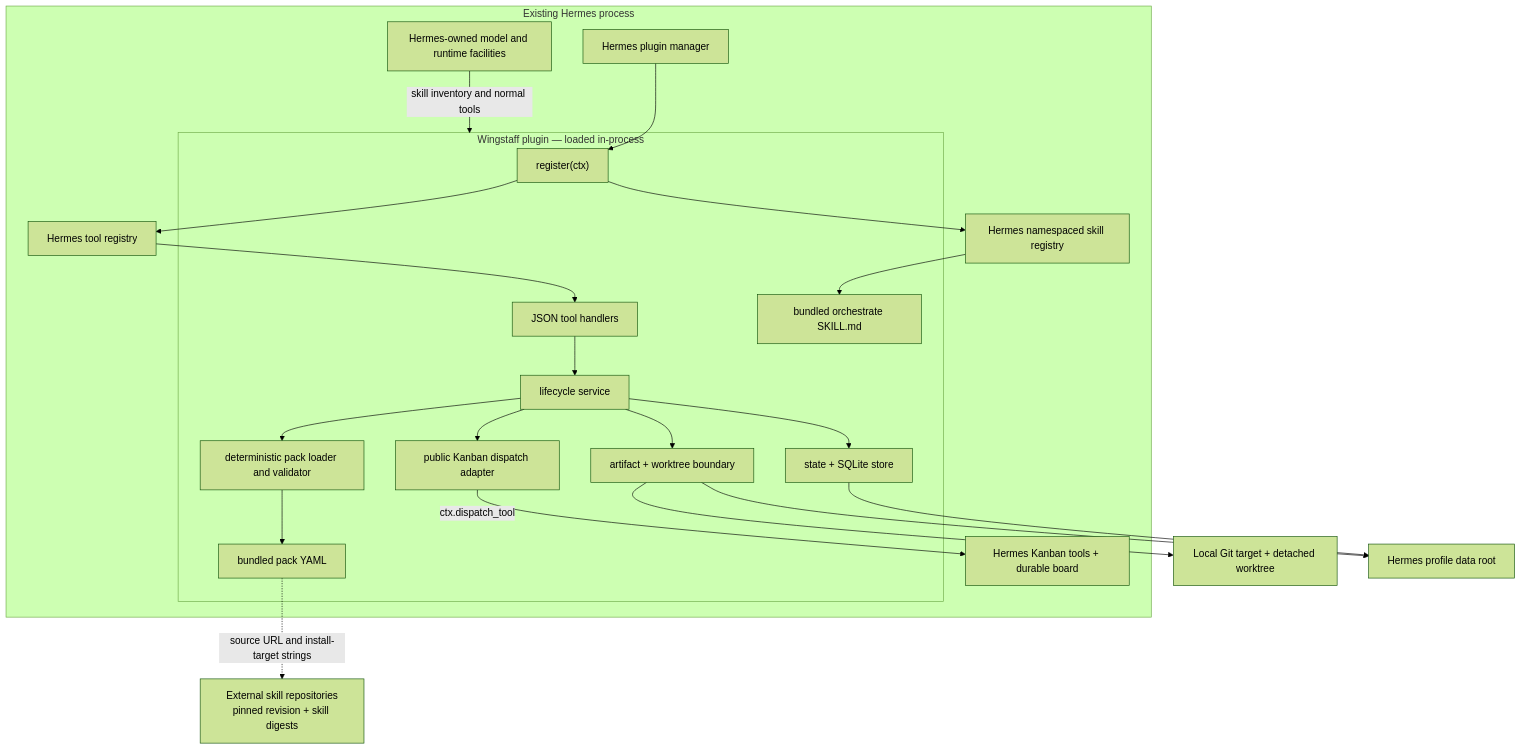
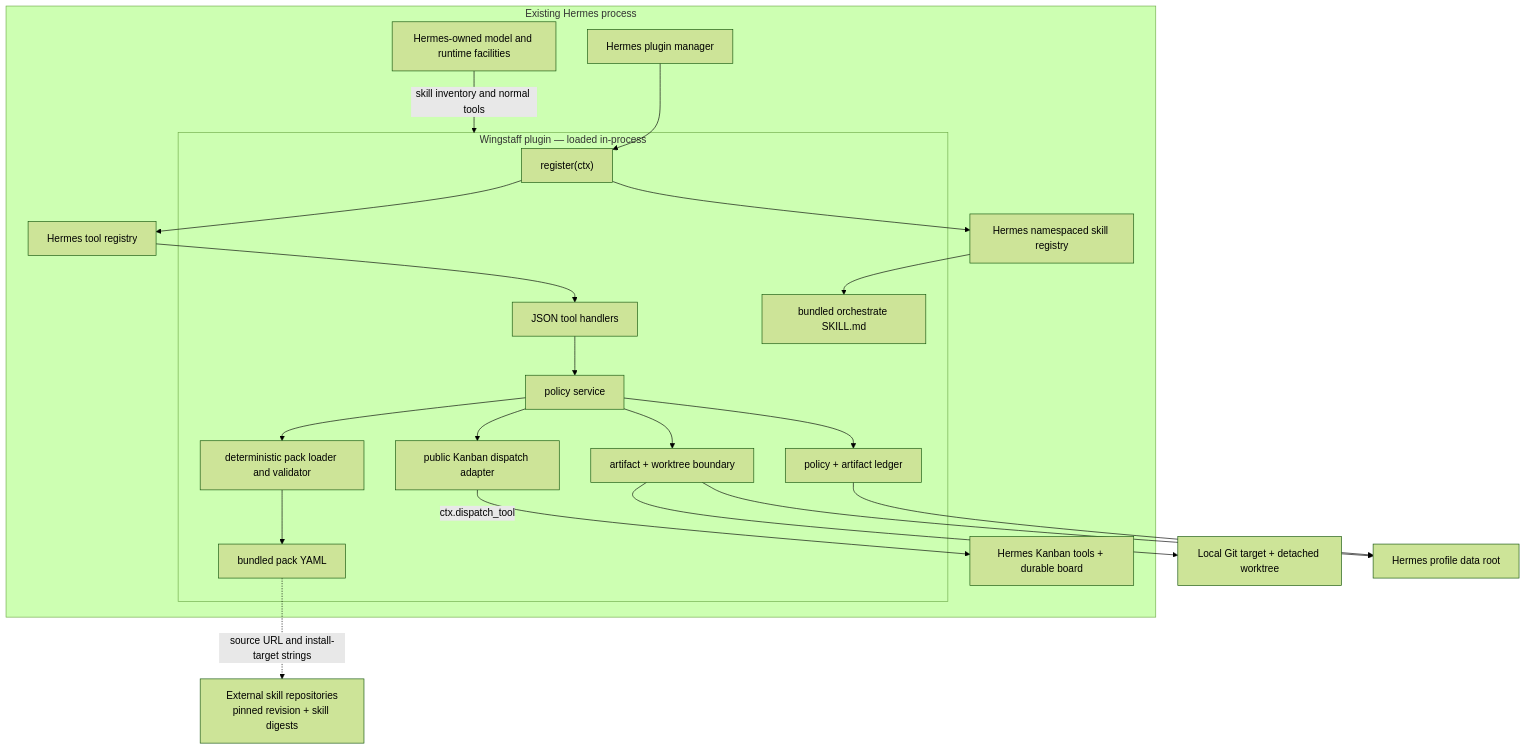
The first of 2 diagrams in docs/01-architecture.md (forgegod/daidala), drawn with Mermaid (forest theme) before and after one commit. The commit also changed other lines of this file and 9 other files, not shown here.

````diff
--- a/docs/01-architecture.md
+++ b/docs/01-architecture.md
@@ -16,44 +16,44 @@
 ```mermaid
 flowchart TB
     subgraph H["Existing Hermes process"]
         PM["Hermes plugin manager"]
         TR["Hermes tool registry"]
         SR["Hermes namespaced skill registry"]
         HOST["Hermes-owned model and runtime facilities"]
         KB["Hermes Kanban tools + durable board"]
 
         subgraph W["Wingstaff plugin — loaded in-process"]
             REG["register(ctx)"]
             TOOL["JSON tool handlers"]
             PACK["deterministic pack loader and validator"]
-            SERVICE["lifecycle service"]
-            STATE["state + SQLite store"]
+            SERVICE["policy service"]
+            STATE["policy + artifact ledger"]
             EXEC["artifact + worktree boundary"]
             KBA["public Kanban dispatch adapter"]
             SKILL["bundled orchestrate SKILL.md"]
             YAML["bundled pack YAML"]
         end
 
         PM --> REG
         REG --> TR
         REG --> SR
         TR --> TOOL
         TOOL --> SERVICE
         SERVICE --> PACK
         SERVICE --> STATE
         SERVICE --> EXEC
         SERVICE --> KBA
         KBA -->|"ctx.dispatch_tool"| KB
         PACK --> YAML
         SR --> SKILL
         HOST -->|"skill inventory and normal tools"| W
     end
 
     TARGET["Local Git target + detached worktree"]
     DATA["Hermes profile data root"]
     EXT["External skill repositories<br>pinned revision + skill digests"]
     EXEC --> TARGET
     STATE --> DATA
     EXEC --> DATA
     YAML -."source URL and install-target strings".-> EXT
 ```
````
